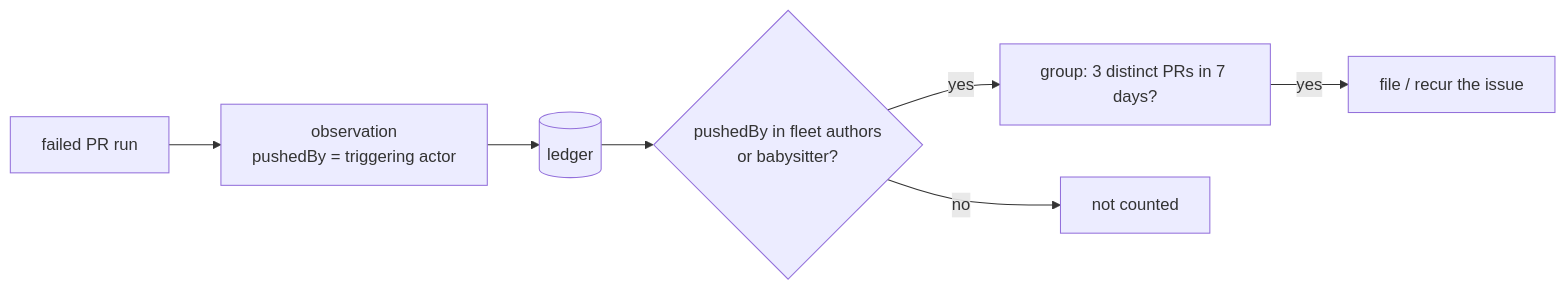
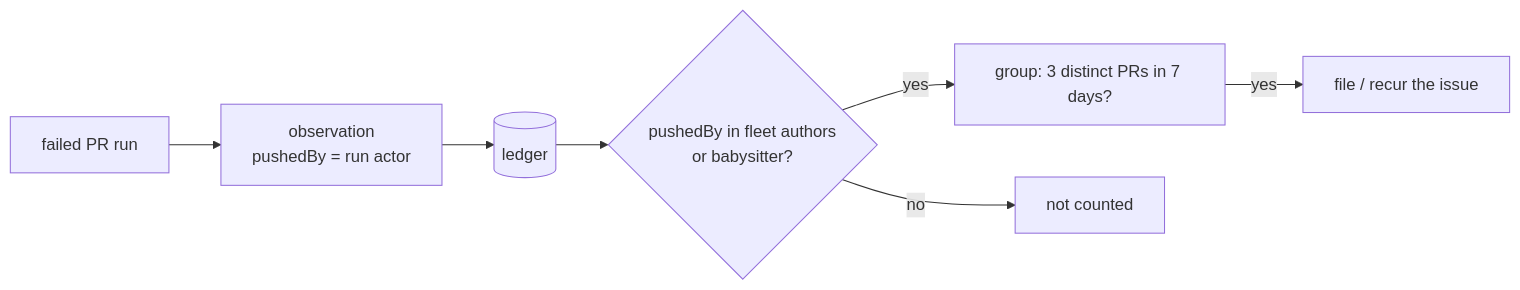
One commit to stSoftwareAU/VibeCoder changed the diagram in docs/archive/pr-summaries/pr-summary-5320.md. Above: the diagram before and after it, drawn with Mermaid. The commit also changed other lines of this file and 3 other files, not shown here.

First line of the commit message:
Name the pusher by the run's actor, not its triggering actor (Issue #5320)

````diff
--- a/docs/archive/pr-summaries/pr-summary-5320.md
+++ b/docs/archive/pr-summaries/pr-summary-5320.md
@@ -77,9 +89,9 @@
 ```mermaid
 flowchart LR
-    R[failed PR run] --> O[observation<br/>pushedBy = triggering actor]
+    R[failed PR run] --> O[observation<br/>pushedBy = run actor]
     O --> L[(ledger)]
     L --> F{pushedBy in fleet authors<br/>or babysitter?}
     F -- yes --> G[group: 3 distinct PRs in 7 days?]
     F -- no --> X[not counted]
     G -- yes --> I[file / recur the issue]
 ```
````
